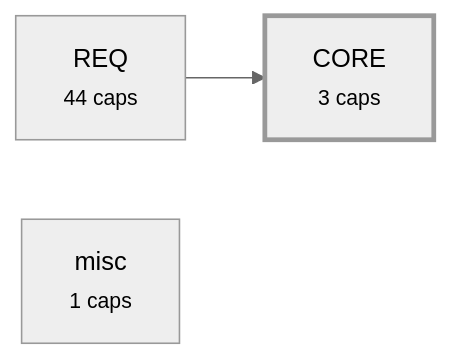
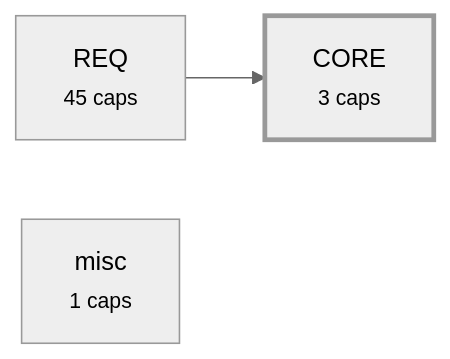
The third of 4 diagrams in plugin/requirements/_map.md (alxmax/Requirement-manager), drawn with Mermaid (neutral theme) before and after one commit. The commit also changed other lines of this file and 18 other files, not shown here.

````diff
--- a/plugin/requirements/_map.md
+++ b/plugin/requirements/_map.md
@@ -374,8 +380,8 @@
 ```mermaid
 graph LR
   a_CORE["CORE<br><small>3 caps</small>"]
-  a_REQ["REQ<br><small>44 caps</small>"]
+  a_REQ["REQ<br><small>45 caps</small>"]
   a_misc["misc<br><small>1 caps</small>"]
   a_REQ --> a_CORE
   style a_CORE stroke-width:3px
 ```
````
